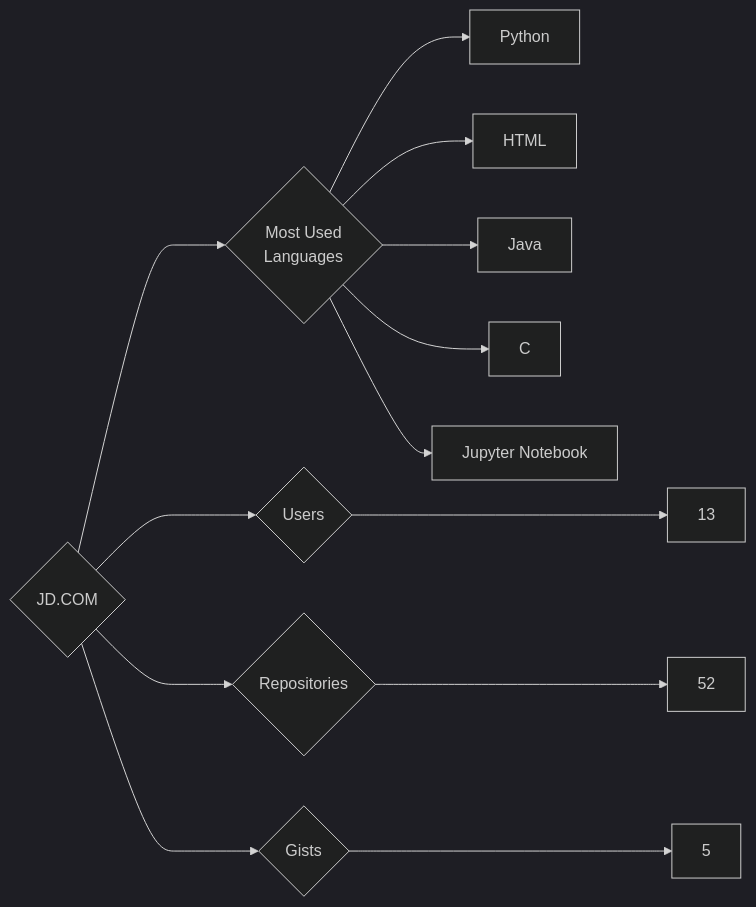
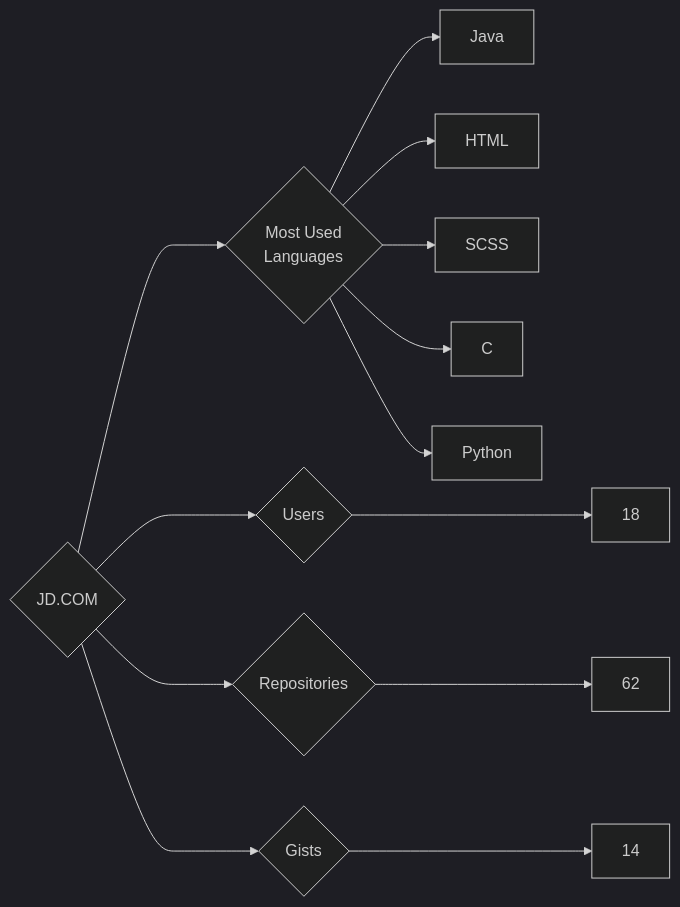
Before and after one commit to trickest/insiders: the diagram in targets/JD.COM/README.md, drawn with Mermaid (dark theme). The commit also changed 794 other files, not shown here.

````diff
--- a/targets/JD.COM/README.md
+++ b/targets/JD.COM/README.md
@@ -3,13 +3,13 @@
 ```mermaid
 graph LR
 COMPANY_NAME{JD.COM}
-COMPANY_NAME ---> U{Users} ---> UN[13]
-COMPANY_NAME ---> R{Repositories} ---> RN[52]
-COMPANY_NAME ---> G{Gists} ---> GN[5]
+COMPANY_NAME ---> U{Users} ---> UN[18]
+COMPANY_NAME ---> R{Repositories} ---> RN[62]
+COMPANY_NAME ---> G{Gists} ---> GN[14]
 COMPANY_NAME ---> ML{Most Used<br>Languages}
+ML --> Java[Java]
+ML --> HTML[HTML]
+ML --> SCSS[SCSS]
+ML --> C[C]
 ML --> Python[Python]
-ML --> HTML[HTML]
-ML --> Java[Java]
-ML --> C[C]
-ML --> Jupyter_Notebook[Jupyter Notebook]
 ```
````
